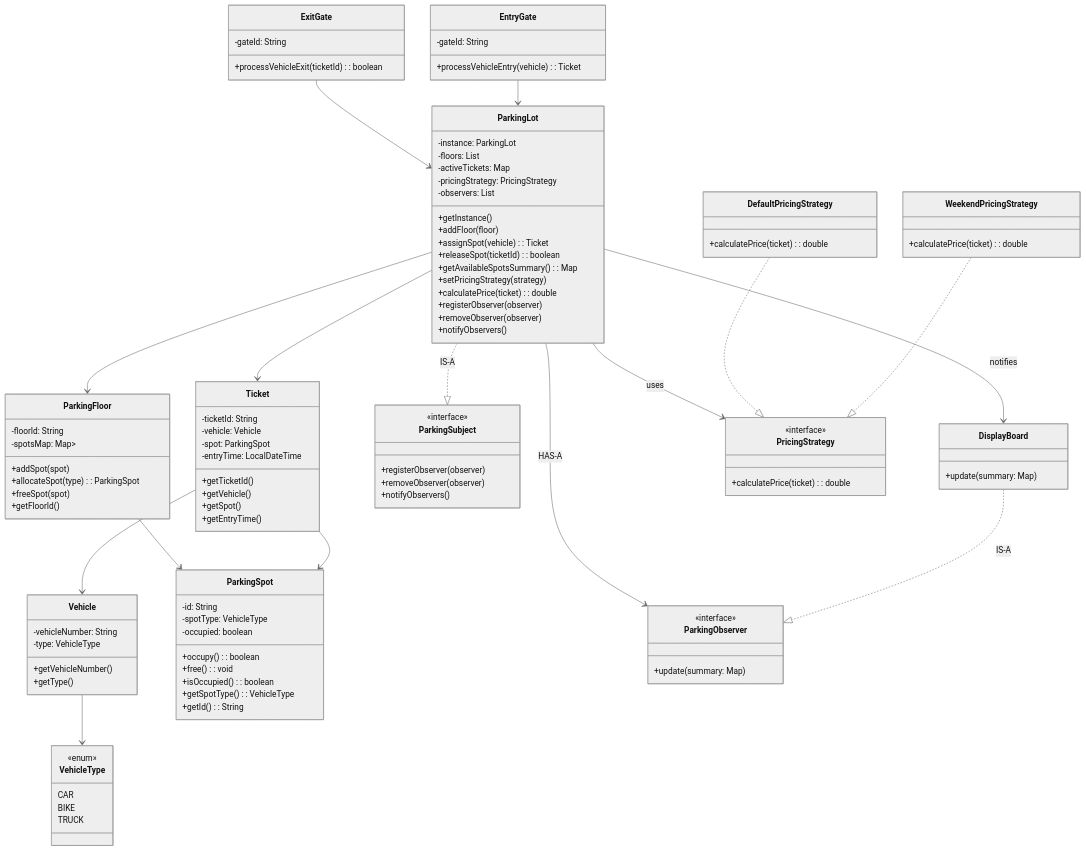
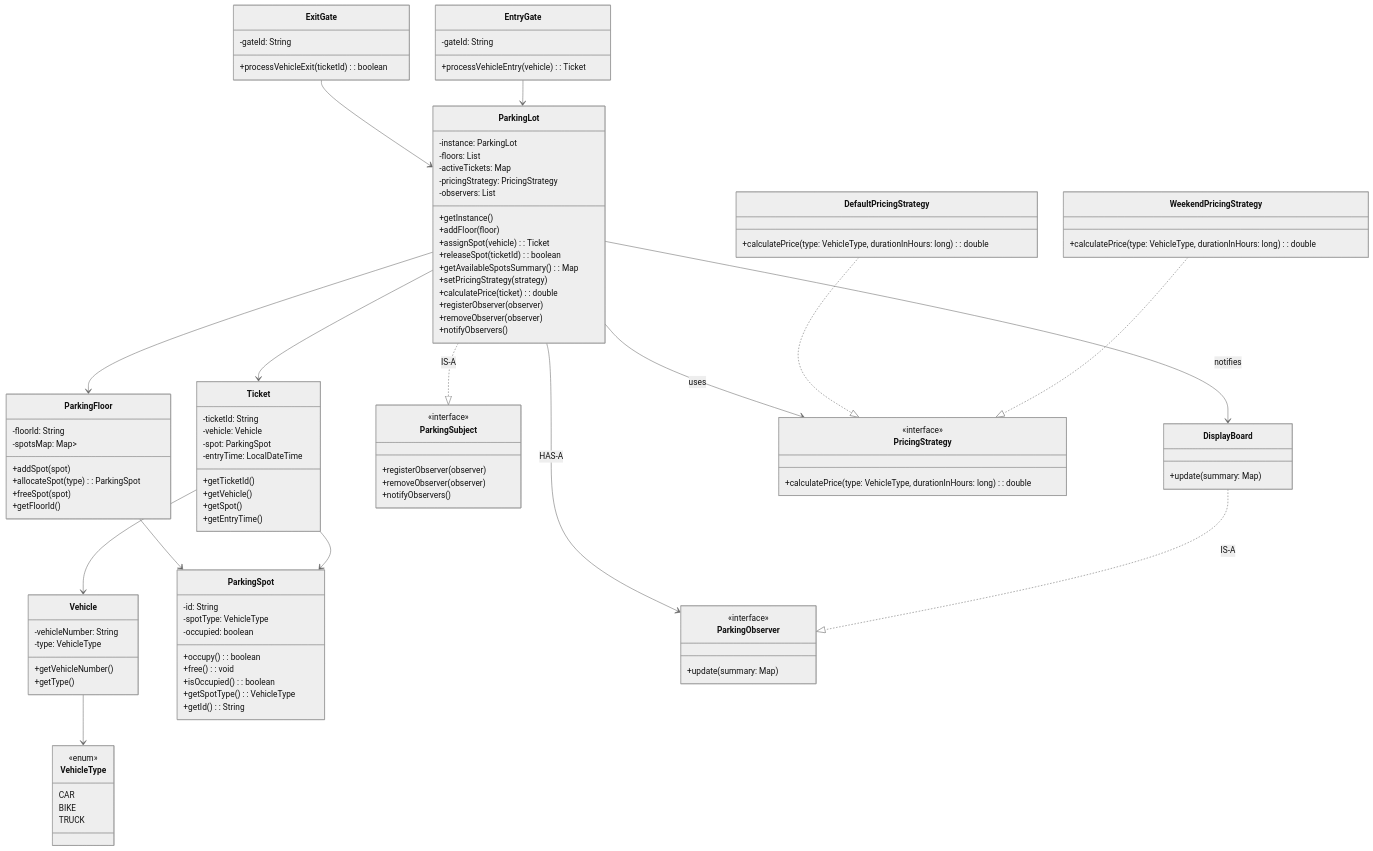
One commit to riteshpanigrahi03/low-level-design-questions changed the diagram in parking-lot/classDiagram.md. Above: the diagram before and after it, drawn with Mermaid (neutral theme). The commit also changed 3 other files, not shown here.

```diff
--- a/parking-lot/classDiagram.md
+++ b/parking-lot/classDiagram.md
@@ -101,15 +101,15 @@
 %% ===== Strategy Pattern =====
 class PricingStrategy {
 <<interface>>
-+calculatePrice(ticket): double
++calculatePrice(type: VehicleType, durationInHours: long): double
 }
 
 class DefaultPricingStrategy {
-+calculatePrice(ticket): double
++calculatePrice(type: VehicleType, durationInHours: long): double
 }
 
 class WeekendPricingStrategy {
-+calculatePrice(ticket): double
++calculatePrice(type: VehicleType, durationInHours: long): double
 }
 
 WeekendPricingStrategy ..|> PricingStrategy
```
